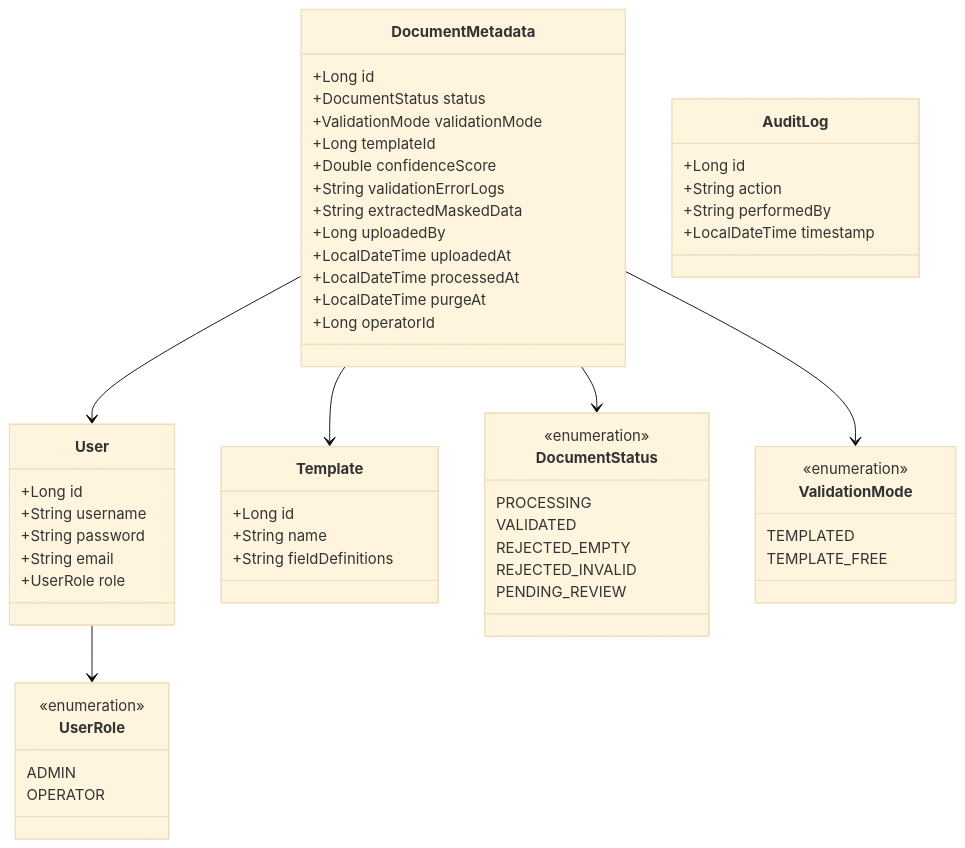
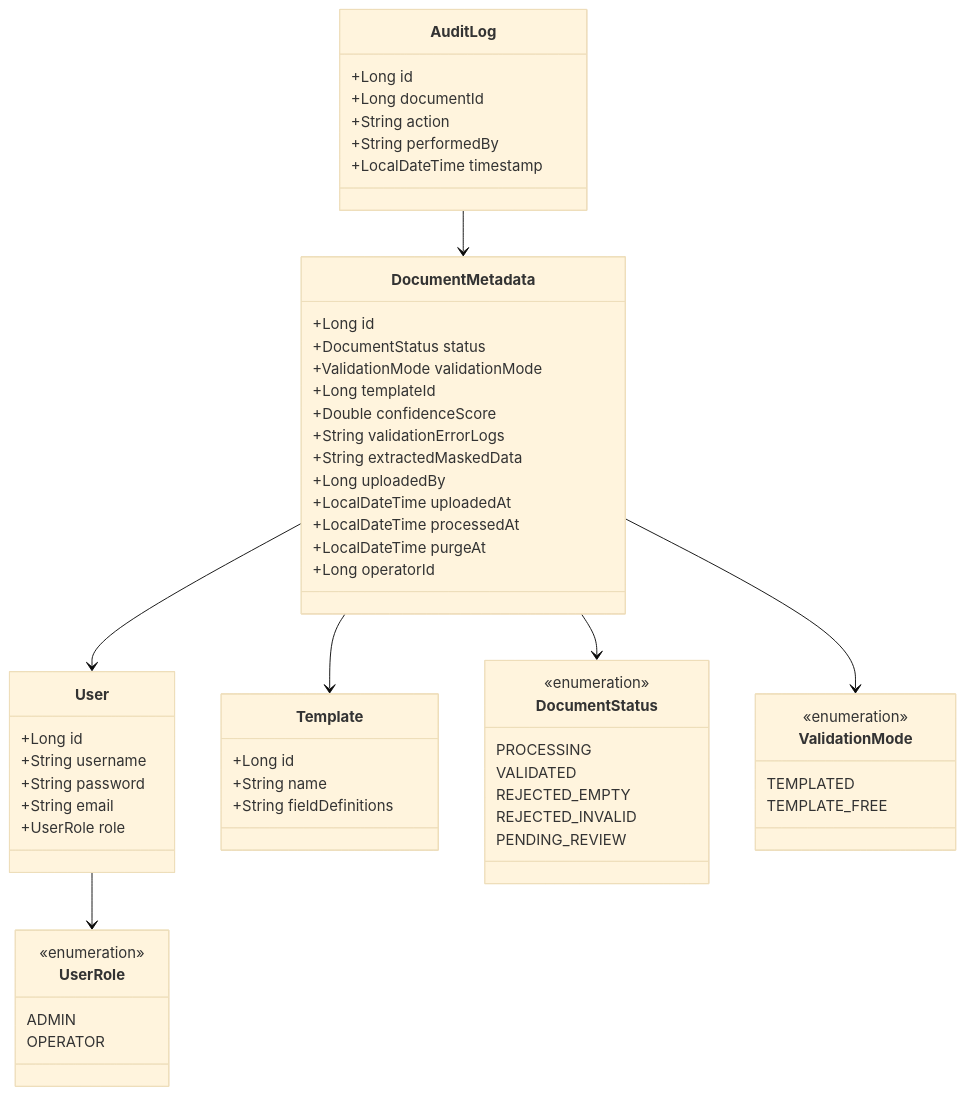
The second of 3 diagrams in SDD.md (pelinevleksiz/validdoc), drawn with Mermaid (base theme) before and after one commit. The commit also changed other lines of this file, not shown here.

````diff
--- a/SDD.md
+++ b/SDD.md
@@ -61,58 +61,60 @@
 ```mermaid
 classDiagram
     class User {
         +Long id
         +String username
         +String password
         +String email
         +UserRole role
     }
     class DocumentMetadata {
         +Long id
         +DocumentStatus status
         +ValidationMode validationMode
         +Long templateId
         +Double confidenceScore
         +String validationErrorLogs
         +String extractedMaskedData
         +Long uploadedBy
         +LocalDateTime uploadedAt
         +LocalDateTime processedAt
         +LocalDateTime purgeAt
         +Long operatorId
     }
     class Template {
         +Long id
         +String name
         +String fieldDefinitions
     }
     class AuditLog {
         +Long id
+        +Long documentId
         +String action
         +String performedBy
         +LocalDateTime timestamp
     }
     class UserRole {
         <<enumeration>>
         ADMIN
         OPERATOR
     }
     class DocumentStatus {
         <<enumeration>>
         PROCESSING
         VALIDATED
         REJECTED_EMPTY
         REJECTED_INVALID
         PENDING_REVIEW
     }
     class ValidationMode {
         <<enumeration>>
         TEMPLATED
         TEMPLATE_FREE
     }
     User --> UserRole
     DocumentMetadata --> DocumentStatus
     DocumentMetadata --> ValidationMode
     DocumentMetadata --> Template
     DocumentMetadata --> User
+    AuditLog --> DocumentMetadata
 ```
````
